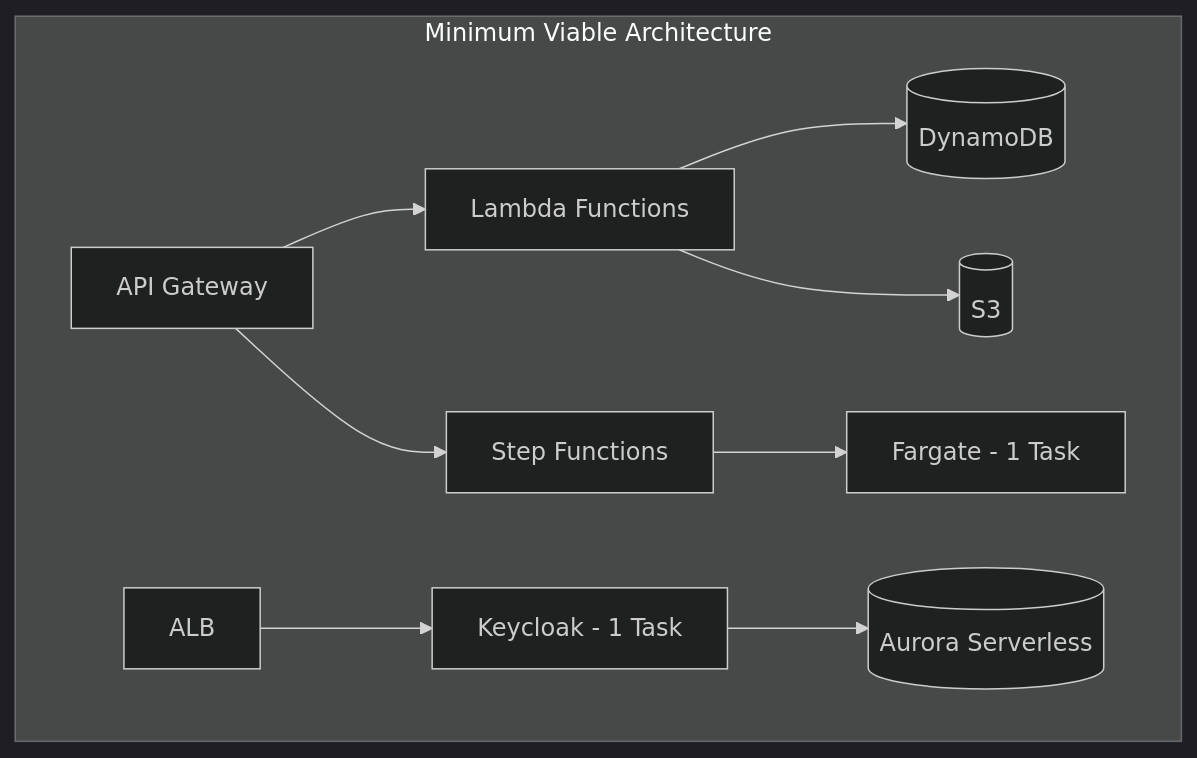
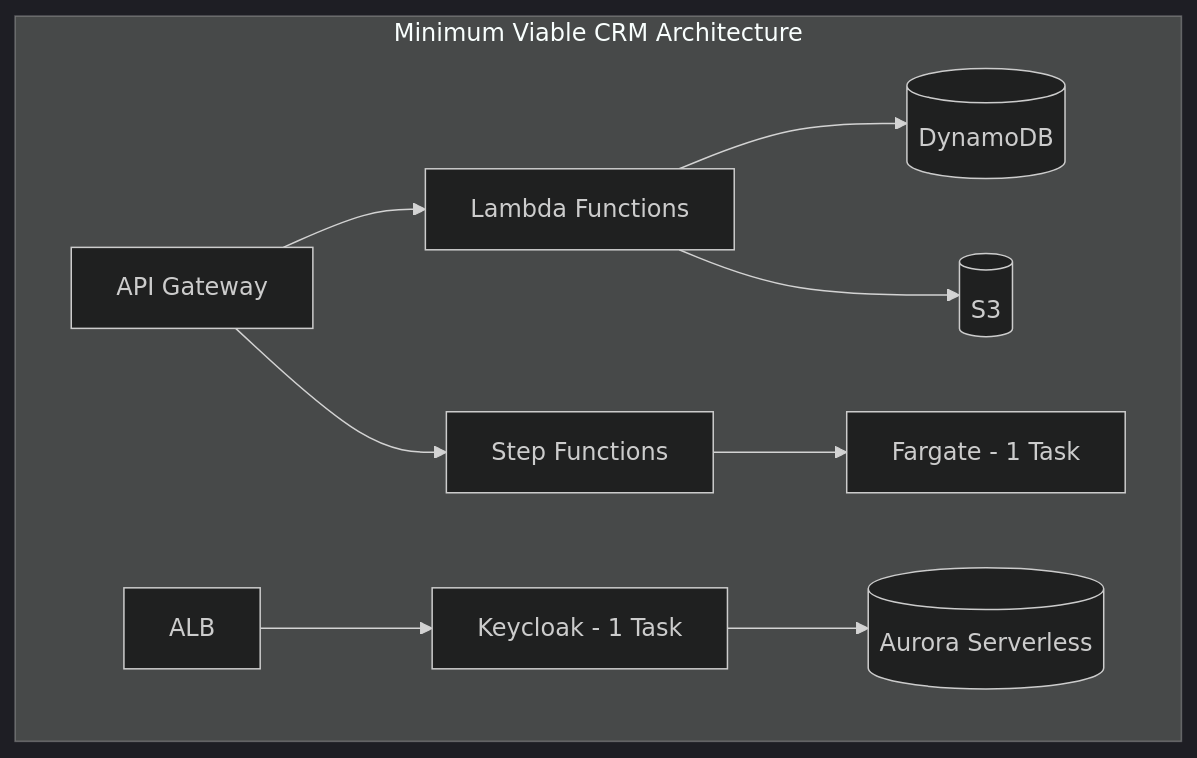
One commit to philkunz/fargate changed the first of 12 diagrams in architecture/scaling.md. Above: the diagram before and after it, drawn with Mermaid (dark theme). The commit also changed other lines of this file and 11 other files, not shown here.

Commit message:
feat(documentation): Revamp Zebros CRM serverless architecture documentation with updated diagrams, expanded API, authentication, long-running tasks, data storage, and scaling details

````diff
--- a/architecture/scaling.md
+++ b/architecture/scaling.md
@@ -7,12 +7,12 @@
 ```mermaid
 flowchart TB
-    subgraph "Minimum Viable Architecture"
+    subgraph "Minimum Viable CRM Architecture"
         API[API Gateway] --> Lambda[Lambda Functions]
         API --> StepF[Step Functions]
         Lambda --> DynamoDB[(DynamoDB)]
         Lambda --> S3[(S3)]
         StepF --> Fargate[Fargate - 1 Task]
         AuthLB[ALB] --> Keycloak[Keycloak - 1 Task]
         Keycloak --> Aurora[(Aurora Serverless)]
     end
 ```
````
